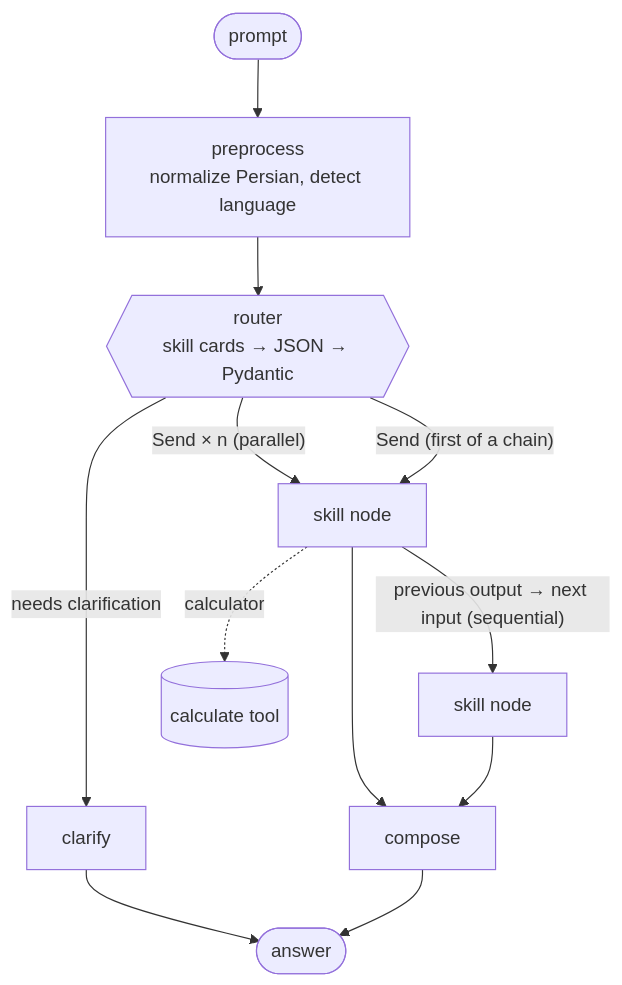
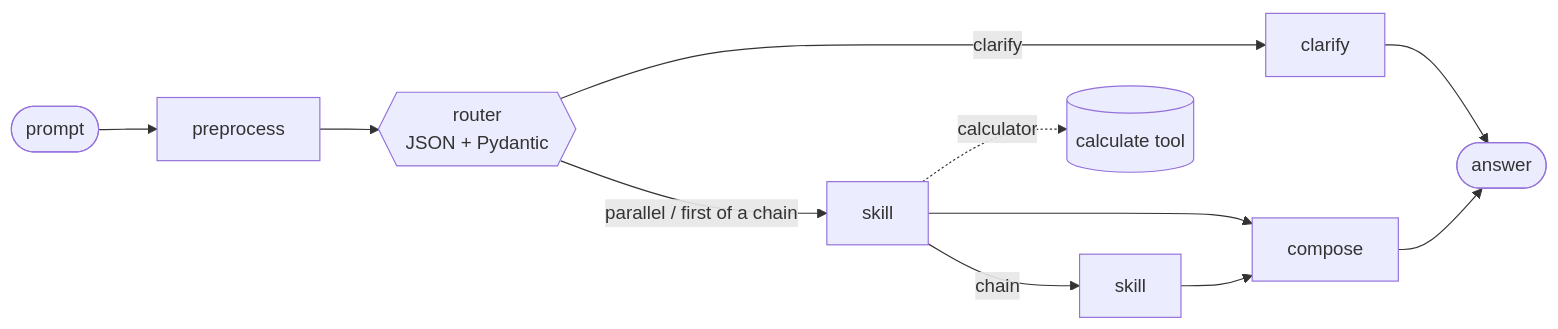
The diagram in README.md (mhmdjgh/I4TWiNS), drawn with Mermaid before and after one commit. The commit also changed other lines of this file and 3 other files, not shown here.

````diff
--- a/README.md
+++ b/README.md
@@ -154,14 +72,13 @@
 ```mermaid
-flowchart TB
-    U([prompt]) --> P[preprocess<br/>normalize Persian, detect language]
-    P --> R{{router<br/>skill cards → JSON → Pydantic}}
-    R -- needs clarification --> C[clarify]
-    R -- "Send × n (parallel)" --> A[skill node]
-    R -- "Send (first of a chain)" --> A
-    A -- "previous output → next input (sequential)" --> B[skill node]
+flowchart LR
+    U([prompt]) --> P[preprocess]
+    P --> R{{router<br/>JSON + Pydantic}}
+    R -- clarify --> C[clarify]
+    R -- parallel / first of a chain --> A[skill]
+    A -- chain --> B[skill]
     A --> M[compose]
     B --> M
     A -. calculator .-> T[(calculate tool)]
     C --> E([answer])
     M --> E
 ```
````
